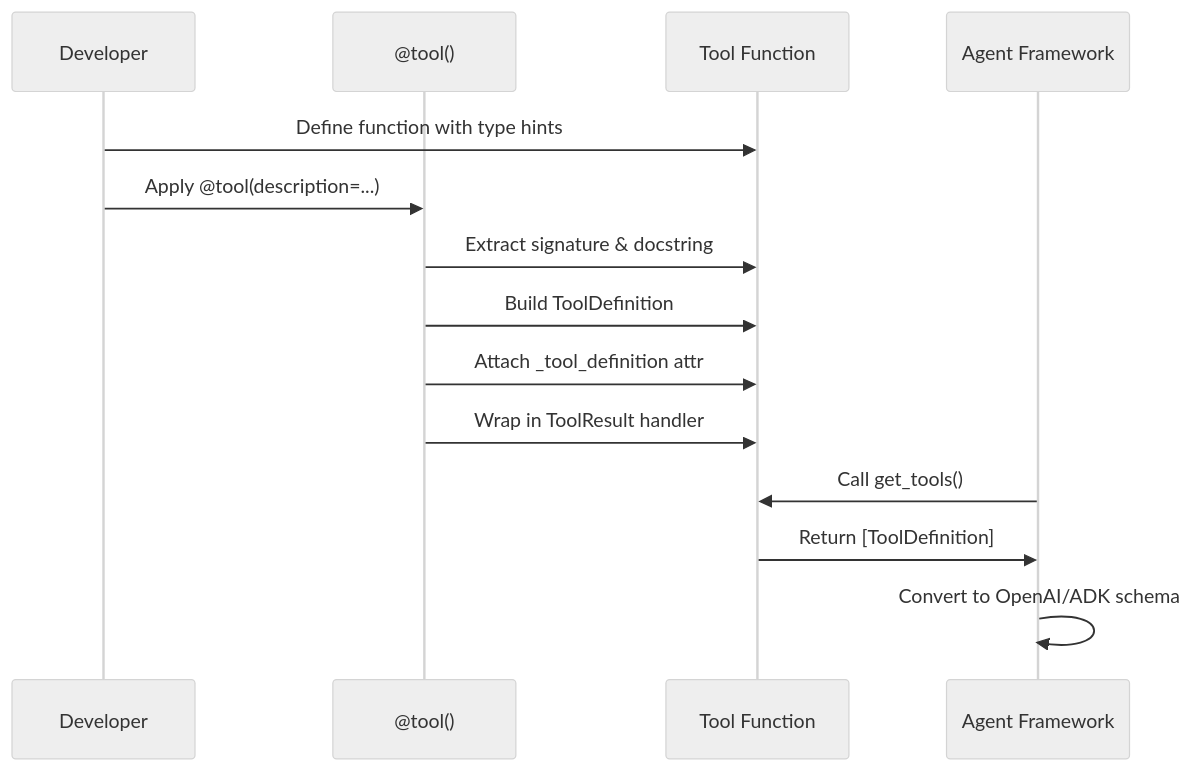
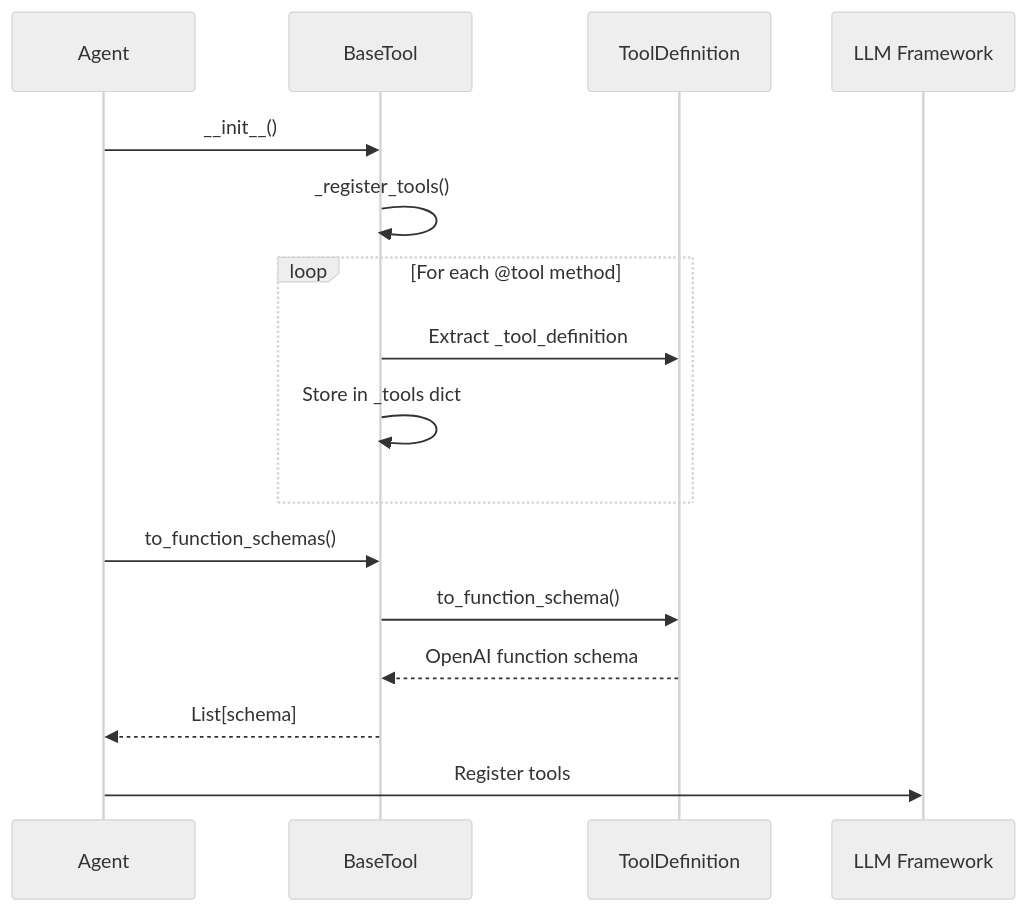
The second of 4 diagrams in docs/tools.md (jmac-cornelis/agent-workforce), drawn with Mermaid (neutral theme) before and after one commit. The commit also changed other lines of this file and 4 other files, not shown here.

````diff
--- a/docs/tools.md
+++ b/docs/tools.md
@@ -85,17 +83,20 @@
 ```mermaid
 sequenceDiagram
-    participant Dev as Developer
-    participant Decorator as @tool()
-    participant Func as Tool Function
-    participant Agent as Agent Framework
+    participant Agent
+    participant BaseTool
+    participant ToolDef as ToolDefinition
+    participant LLM as LLM Framework
     
-    Dev->>Func: Define function with type hints
-    Dev->>Decorator: Apply @tool(description=...)
-    Decorator->>Func: Extract signature & docstring
-    Decorator->>Func: Build ToolDefinition
-    Decorator->>Func: Attach _tool_definition attr
-    Decorator->>Func: Wrap in ToolResult handler
-    Agent->>Func: Call get_tools()
-    Func->>Agent: Return [ToolDefinition]
-    Agent->>Agent: Convert to OpenAI/ADK schema
+    Agent->>BaseTool: __init__()
+    BaseTool->>BaseTool: _register_tools()
+    loop For each @tool method
+        BaseTool->>ToolDef: Extract _tool_definition
+        BaseTool->>BaseTool: Store in _tools dict
+    end
+    
+    Agent->>BaseTool: to_function_schemas()
+    BaseTool->>ToolDef: to_function_schema()
+    ToolDef-->>BaseTool: OpenAI function schema
+    BaseTool-->>Agent: List[schema]
+    Agent->>LLM: Register tools
 ```
````
